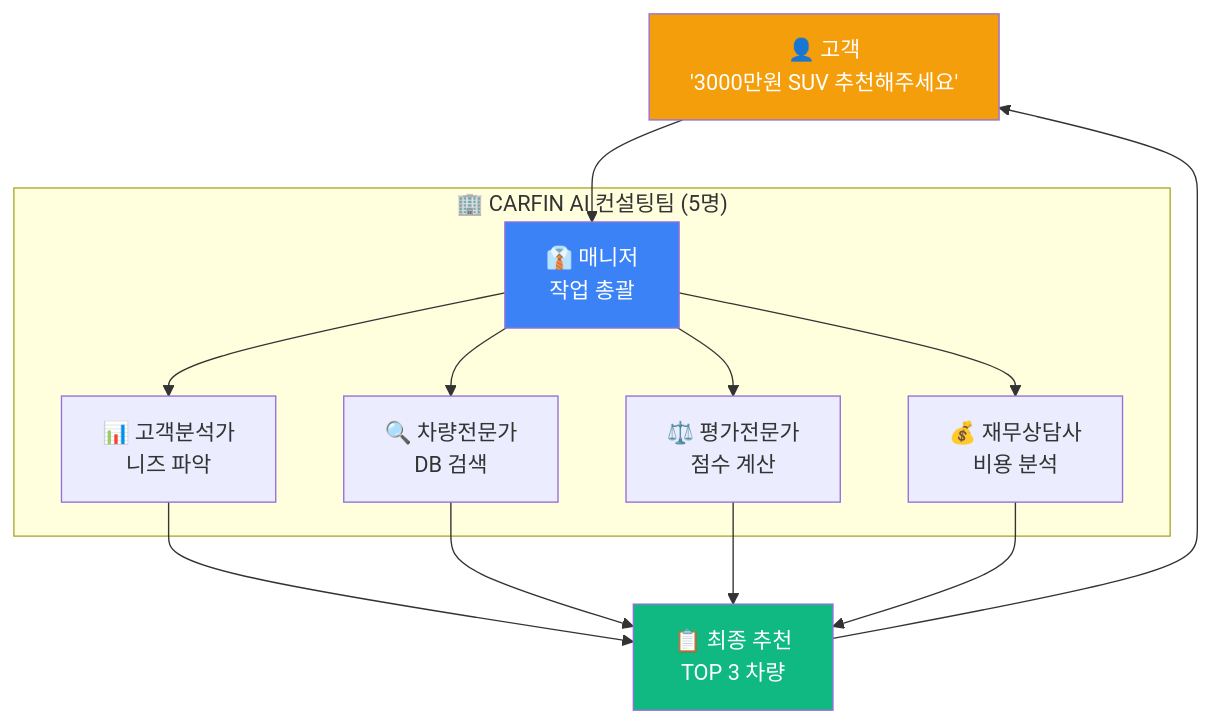
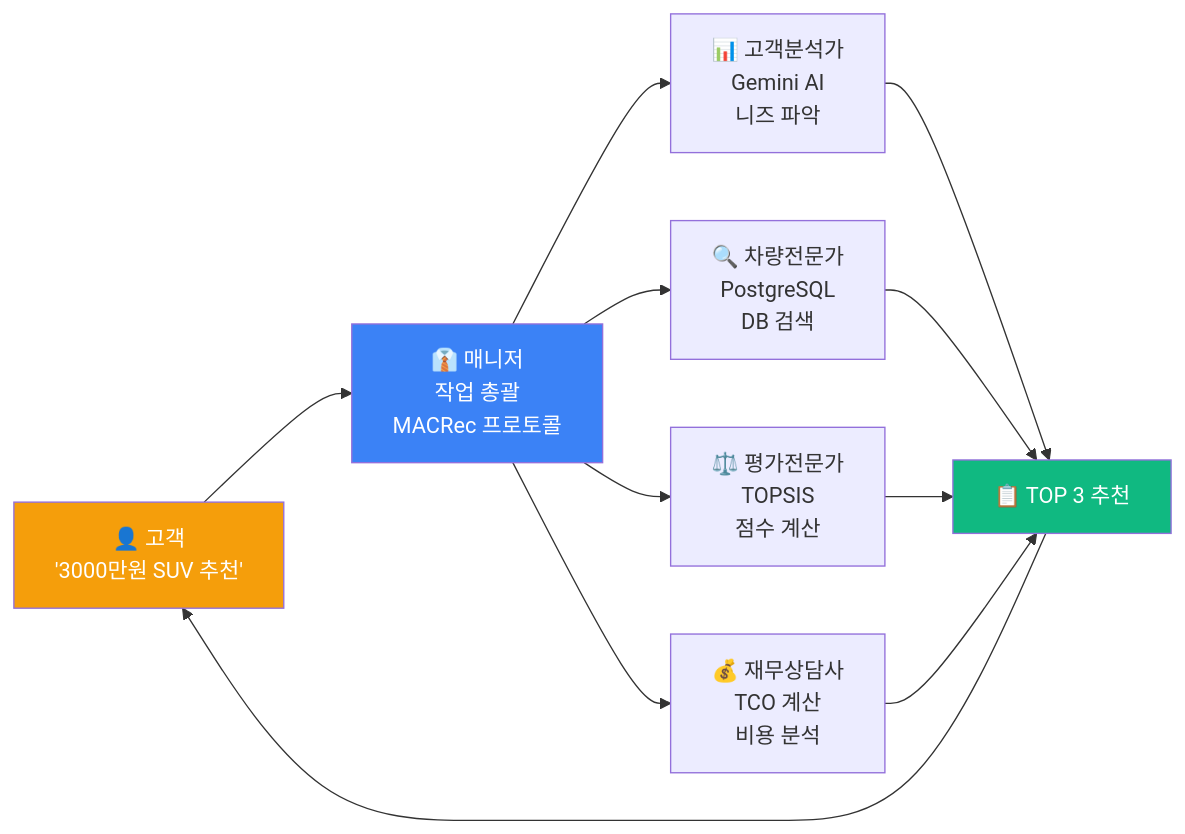
The first of 7 diagrams in README.md (SeSAC-DA1/CarFin_AI_Final), drawn with Mermaid before and after one commit. The commit also changed other lines of this file, not shown here.

````diff
--- a/README.md
+++ b/README.md
@@ -95,28 +95,22 @@
 ```mermaid
-graph TB
-    User["👤 고객<br/>'3000만원 SUV 추천해주세요'"] --> Manager
+flowchart LR
+    User["👤 고객<br/>'3000만원 SUV 추천'"]
 
-    subgraph Team["🏢 CARFIN AI 컨설팅팀 (5명)"]
-        Manager["👔 매니저<br/>작업 총괄"]
-        Analyst["📊 고객분석가<br/>니즈 파악"]
-        Searcher["🔍 차량전문가<br/>DB 검색"]
-        Evaluator["⚖️ 평가전문가<br/>점수 계산"]
-        Finance["💰 재무상담사<br/>비용 분석"]
-    end
+    User --> Manager["👔 매니저<br/>작업 총괄<br/>MACRec 프로토콜"]
 
-    Manager --> Analyst
-    Manager --> Searcher
-    Manager --> Evaluator
-    Manager --> Finance
+    Manager --> Analyst["📊 고객분석가<br/>Gemini AI<br/>니즈 파악"]
+    Manager --> Searcher["🔍 차량전문가<br/>PostgreSQL<br/>DB 검색"]
+    Manager --> Evaluator["⚖️ 평가전문가<br/>TOPSIS<br/>점수 계산"]
+    Manager --> Finance["💰 재무상담사<br/>TCO 계산<br/>비용 분석"]
 
-    Analyst --> Result["📋 최종 추천<br/>TOP 3 차량"]
+    Analyst --> Result["📋 TOP 3 추천"]
     Searcher --> Result
     Evaluator --> Result
     Finance --> Result
 
     Result --> User
 
+    style User fill:#F59E0B,color:#fff
     style Manager fill:#3B82F6,color:#fff
     style Result fill:#10B981,color:#fff
-    style User fill:#F59E0B,color:#fff
 ```
````
